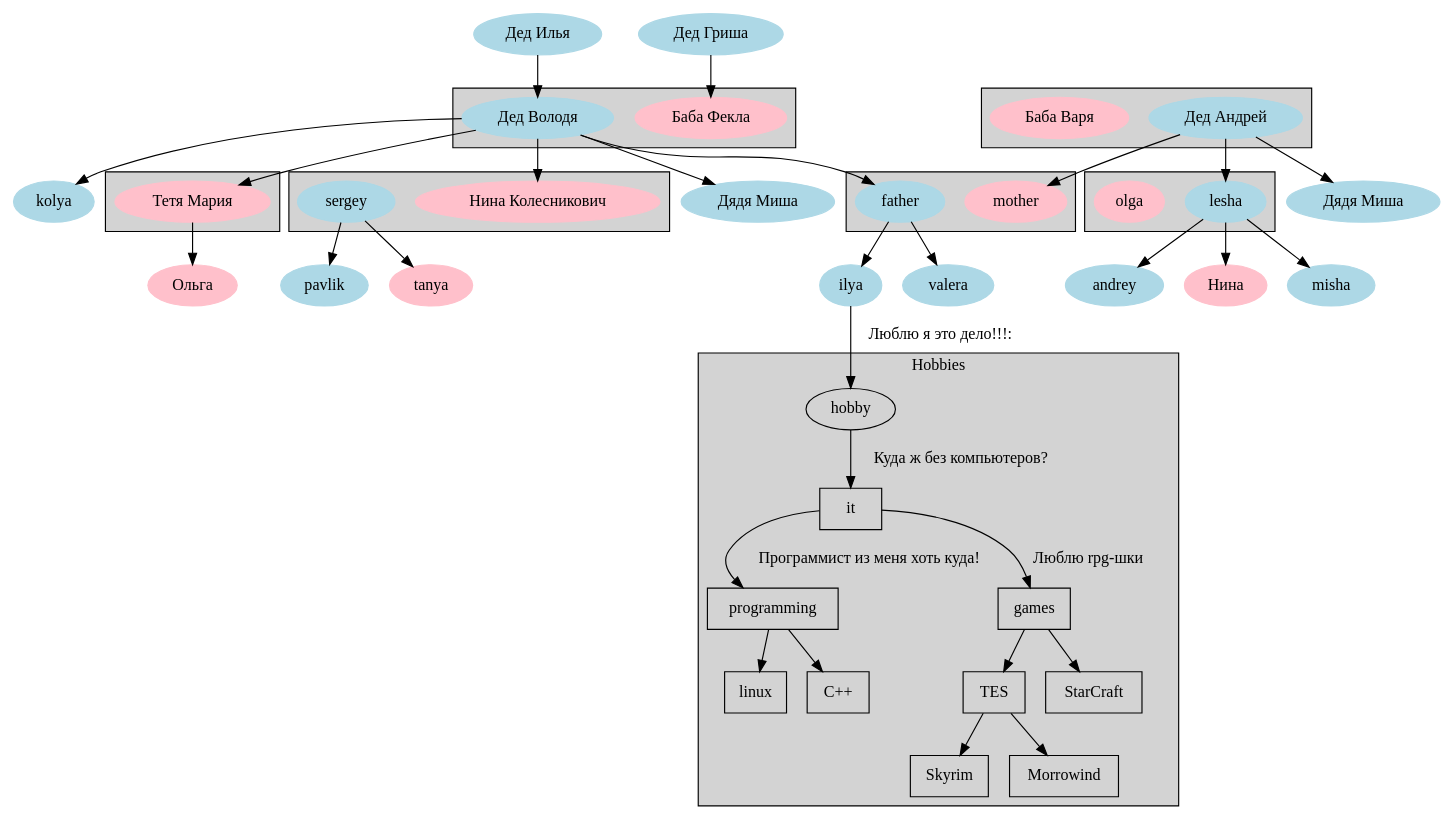
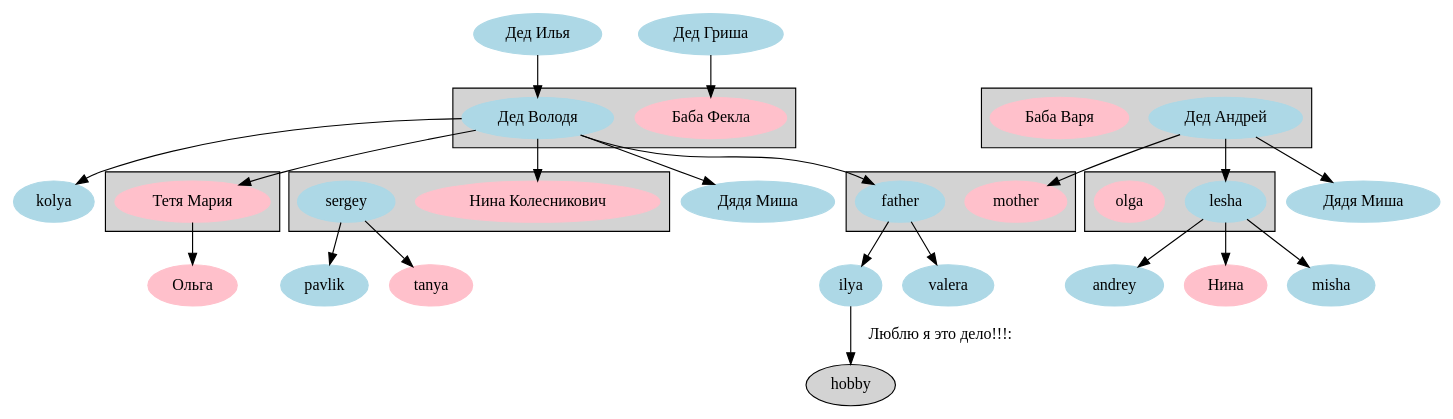
One commit to dima9891/modules-graphs changed the diagram in new-module.gv. Above: the diagram before and after it, drawn with Graphviz. The commit also changed 2 other files, not shown here.

```diff
--- a/new-module.gv
+++ b/new-module.gv
@@ -1,78 +1,78 @@
 digraph famely {
     //я создал коммент
 
     style=filled
     node [style=filled; shape=oval]
 
     i[label="ilya"; color=lightblue]
     v[label="valera"; color=lightblue]
     i -> hobby [label="Люблю я это дело!!!:"]
 
     subgraph cluster_0 {
         style=filled
         m[label="mother"; color=pink; wight=1]
         f[label="father"; color=lightblue; weight=1]
     }
 
     f -> { i v }
     ded_i[label="Дед Илья"; color=lightblue;]
     ded_g[label="Дед Гриша"; color=lightblue;]
 
     subgraph cluster_1 {
         ded_v[label="Дед Володя"; color=lightblue;]
         bab_f[label="Баба Фекла"; color=pink;]
     }
 
     ded_i -> ded_v
     ded_g -> bab_f
     ded_v -> { f nina1 misha1 kolya[color=lightblue] mariya }
     misha1[label="Дядя Миша"; color=lightblue;]
 
     subgraph cluster_2 {
         mariya[label="Тетя Мария"; color=pink]
     }
 
     mariya -> o
     o[label="Ольга"; color=pink;]
 
     subgraph cluster_3 {
         sergey[color=lightblue]
         nina1[label="Нина Колесникович"; color=pink;]
     }
 
     sergey -> { pavlik[color=lightblue] tanya[color=pink;]}
 
     subgraph cluster_4 {
         ded_a[label="Дед Андрей"; color=lightblue; color=lightblue;]
         bab_v[label="Баба Варя"; color=pink]
     }
 
     ded_a -> { m misha2 lesha }
     misha2[label="Дядя Миша"; color=lightblue;]
 
     subgraph cluster_5 {
         lesha[color=lightblue]
         olga[color=pink]
     }
 
     lesha -> { nina2 misha[color=lightblue] andrey[color=lightblue] }
     nina2[label="Нина"; color=pink;]
 
-    subgraph cluster_hobby {
-        label=Hobbies
-        node [shape=rectangle]
-        hobby
-        hobby -> it [label="Куда ж без компьютеров?"]
-        it -> programming [label="Программист из меня хоть куда!"]
-        it -> games [label="Люблю rpg-шки"]
-        programming -> linux
-        cpp[label="C++"]
-        programming -> cpp
-        games -> TES
-        games -> StarCraft
-        TES -> Skyrim
-        TES -> Morrowind
-    }
+//    subgraph cluster_hobby {
+//      label=Hobbies
+//        node [shape=rectangle]
+//        hobby
+//        hobby -> it [label="Куда ж без компьютеров?"]
+//        it -> programming [label="Программист из меня хоть куда!"]
+//        it -> games [label="Люблю rpg-шки"]
+//        programming -> linux
+//        cpp[label="C++"]
+//        programming -> cpp
+//        games -> TES
+//        games -> StarCraft
+//        TES -> Skyrim
+//        TES -> Morrowind
+//    }
 
 
 }
```
